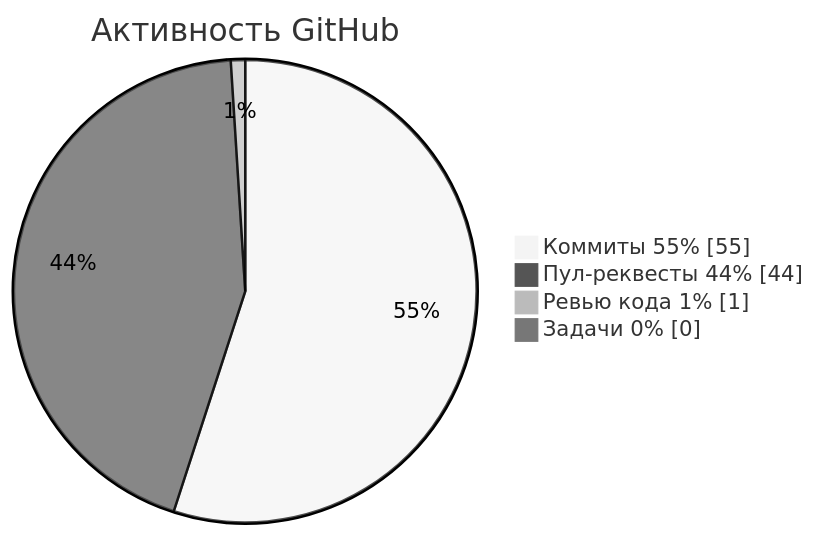
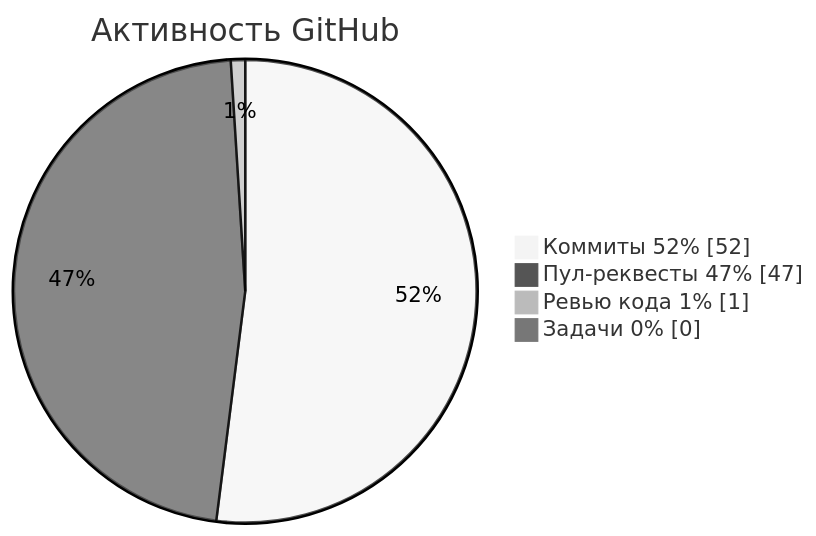
One commit to krotname/KrotName changed the diagram in README.md. Above: the diagram before and after it, drawn with Mermaid (neutral theme). The commit also changed other lines of this file and 1 other file, not shown here.

Commit message:
Update profile metrics

````diff
--- a/README.md
+++ b/README.md
@@ -47,8 +47,8 @@
 ```mermaid
 pie showData
     title Активность GitHub
-    "Коммиты 55%" : 55
-    "Пул-реквесты 44%" : 44
+    "Коммиты 52%" : 52
+    "Пул-реквесты 47%" : 47
     "Ревью кода 1%" : 1
     "Задачи 0%" : 0
 ```
````
